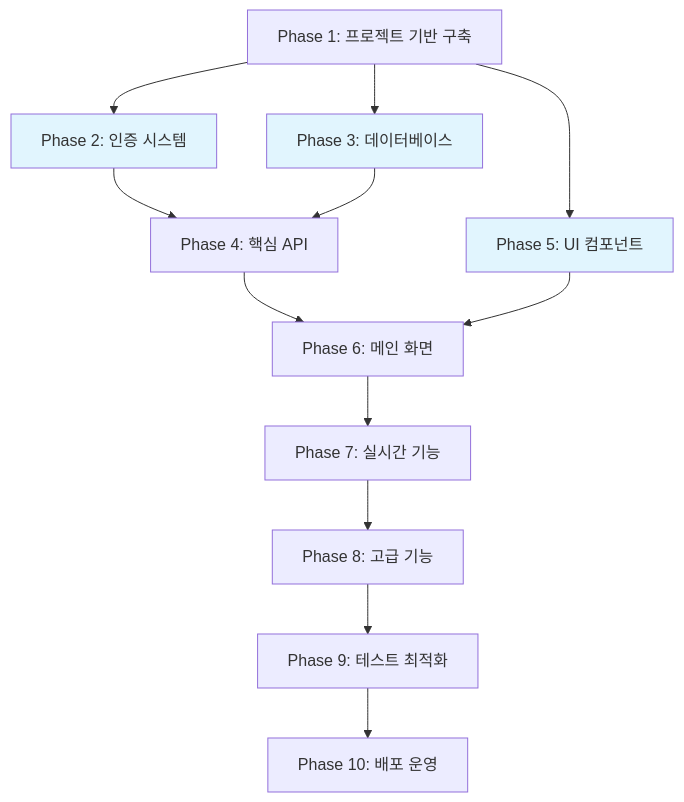
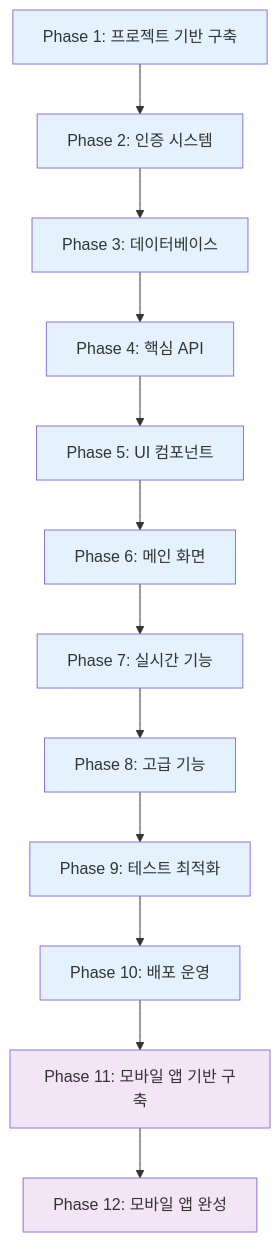
Before and after one commit to ip9202/jeju-tourlist: the diagram in docs/13-동네물어봐-개발실행계획서.md, drawn with Mermaid. The commit also changed other lines of this file and 3 other files, not shown here.

````diff
--- a/docs/13-동네물어봐-개발실행계획서.md
+++ b/docs/13-동네물어봐-개발실행계획서.md
@@ -356,17 +356,19 @@
 ```mermaid
 graph TD
     P1[Phase 1: 프로젝트 기반 구축] --> P2[Phase 2: 인증 시스템]
-    P1 --> P3[Phase 3: 데이터베이스]
-    P2 --> P4[Phase 4: 핵심 API]
-    P3 --> P4
-    P1 --> P5[Phase 5: UI 컴포넌트]
-    P4 --> P6[Phase 6: 메인 화면]
-    P5 --> P6
+    P2 --> P3[Phase 3: 데이터베이스]
+    P3 --> P4[Phase 4: 핵심 API]
+    P4 --> P5[Phase 5: UI 컴포넌트]
+    P5 --> P6[Phase 6: 메인 화면]
     P6 --> P7[Phase 7: 실시간 기능]
     P7 --> P8[Phase 8: 고급 기능]
     P8 --> P9[Phase 9: 테스트 최적화]
     P9 --> P10[Phase 10: 배포 운영]
+    P10 --> P11[Phase 11: 모바일 앱 기반 구축]
+    P11 --> P12[Phase 12: 모바일 앱 완성]
 
-    classDef parallel fill:#e1f5fe
-    class P2,P3,P5 parallel
+    classDef web fill:#e3f2fd
+    classDef mobile fill:#f3e5f5
+    class P1,P2,P3,P4,P5,P6,P7,P8,P9,P10 web
+    class P11,P12 mobile
 ```
````
